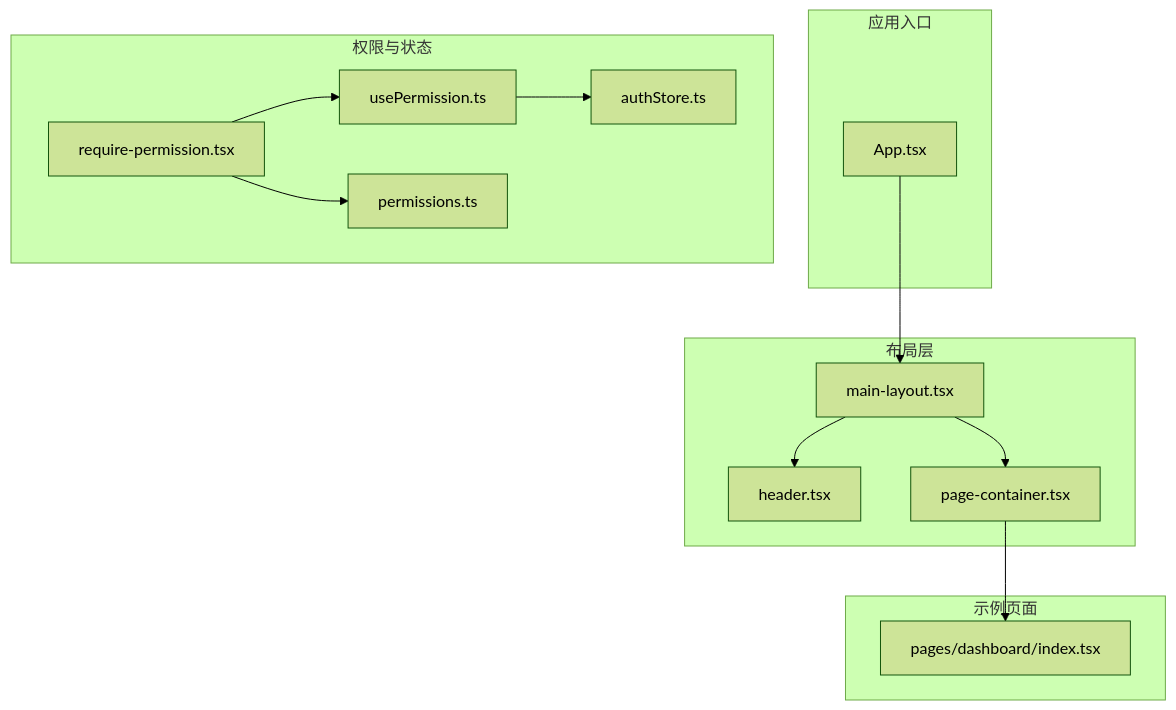
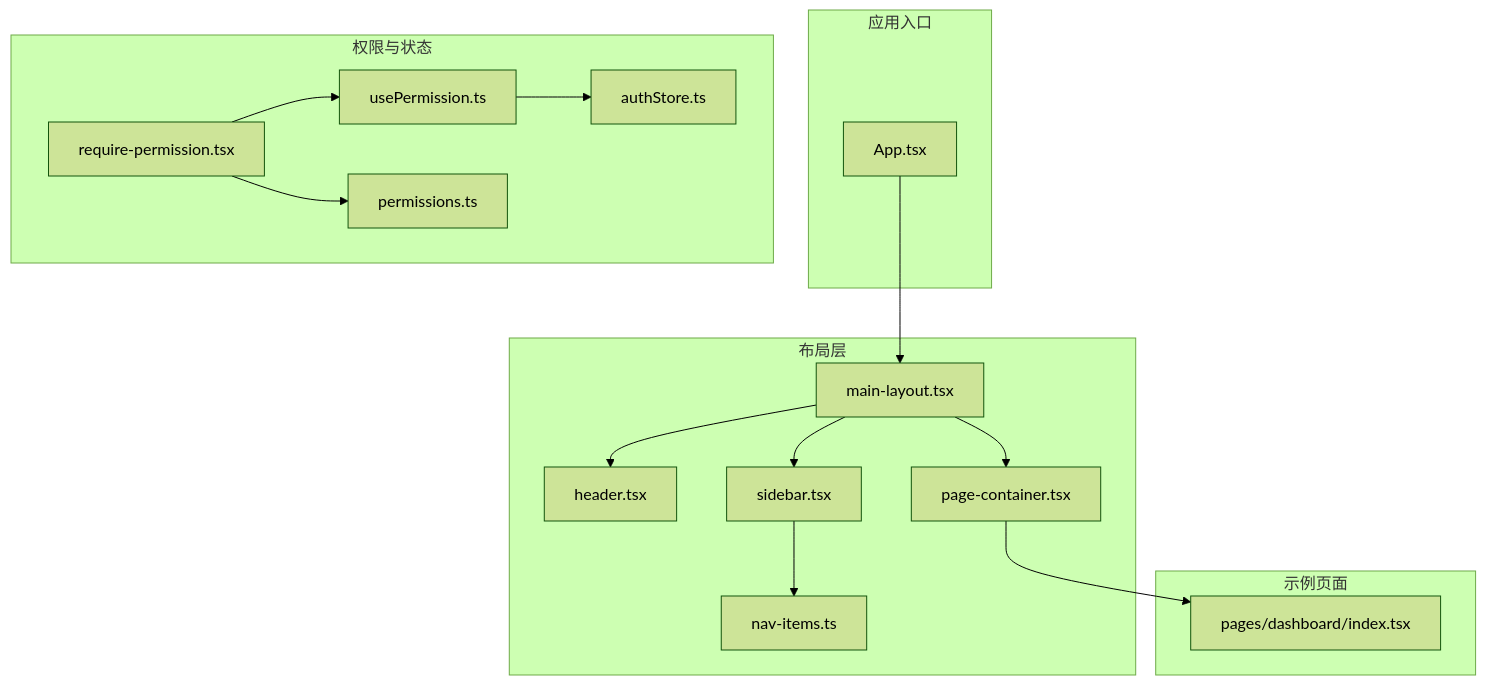
The first of 4 diagrams in .qoder/repowiki/zh/content/架构设计/组件架构/布局组件.md (Damao997/newproject), drawn with Mermaid (forest theme) before and after one commit. The commit also changed other lines of this file and 23 other files, not shown here.

````diff
--- a/.qoder/repowiki/zh/content/架构设计/组件架构/布局组件.md
+++ b/.qoder/repowiki/zh/content/架构设计/组件架构/布局组件.md
@@ -34,27 +49,31 @@
 ```mermaid
 graph TB
 subgraph "应用入口"
 APP["App.tsx"]
 end
 subgraph "布局层"
 MAIN["main-layout.tsx"]
 HEADER["header.tsx"]
+SIDEBAR["sidebar.tsx"]
 PAGE["page-container.tsx"]
+NAV["nav-items.ts"]
 end
 subgraph "权限与状态"
 RP["require-permission.tsx"]
 UP["usePermission.ts"]
 AUTH["authStore.ts"]
 PERM["permissions.ts"]
 end
 subgraph "示例页面"
 DASH["pages/dashboard/index.tsx"]
 end
 APP --> MAIN
 MAIN --> HEADER
+MAIN --> SIDEBAR
 MAIN --> PAGE
 PAGE --> DASH
 RP --> UP
 UP --> AUTH
 RP --> PERM
+SIDEBAR --> NAV
 ```
````
